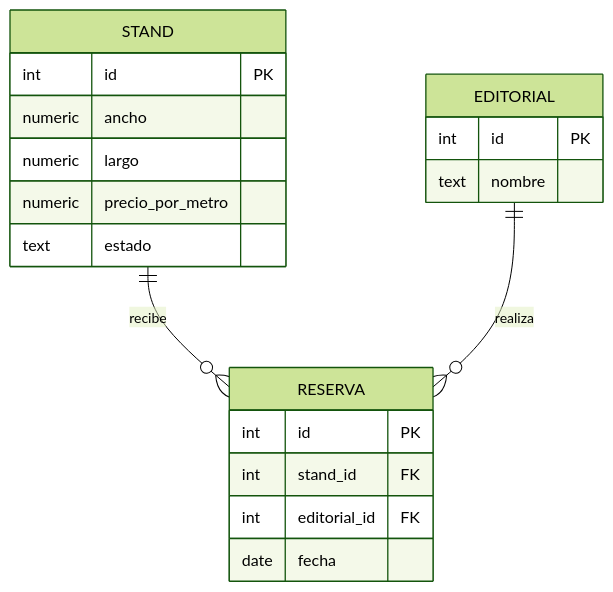
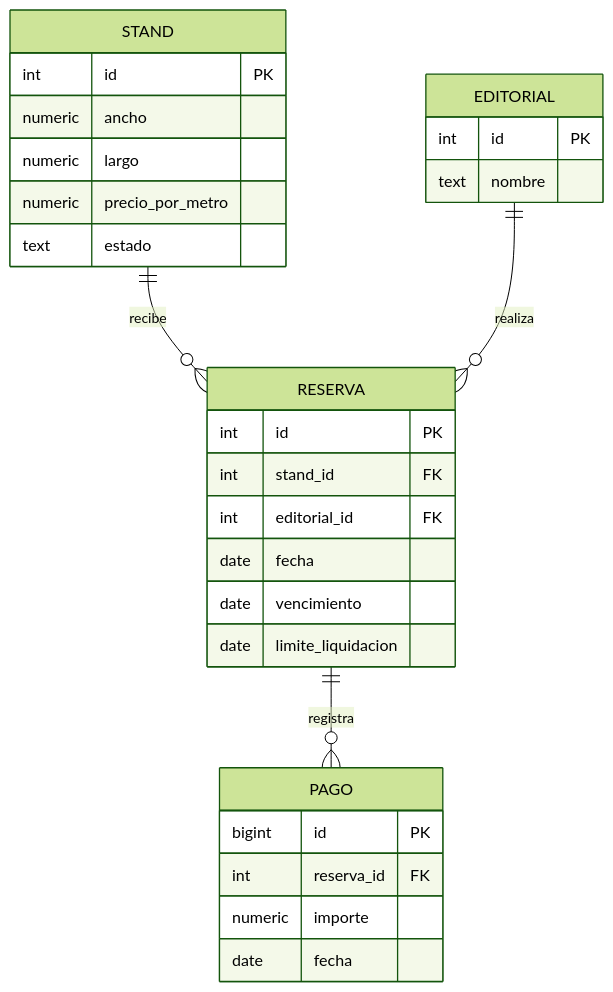
Before and after one commit to saigee-nn/POO-26-PD2: the second of 2 diagrams in pd4/README.md, drawn with Mermaid (forest theme). The commit also changed other lines of this file and 12 other files, not shown here.

````diff
--- a/pd4/README.md
+++ b/pd4/README.md
@@ -49,22 +77,31 @@
 ```mermaid
 erDiagram
+    RESERVA ||--o{ PAGO : registra
+    PAGO {
+        bigint id PK
+        int reserva_id FK
+        numeric importe
+        date fecha
+    }
     STAND ||--o{ RESERVA : recibe
     EDITORIAL ||--o{ RESERVA : realiza
     STAND {
         int id PK
         numeric ancho
         numeric largo
         numeric precio_por_metro
         text estado
     }
     EDITORIAL {
         int id PK
         text nombre
     }
     RESERVA {
         int id PK
         int stand_id FK
         int editorial_id FK
         date fecha
+        date vencimiento
+        date limite_liquidacion
     }
 ```
````
